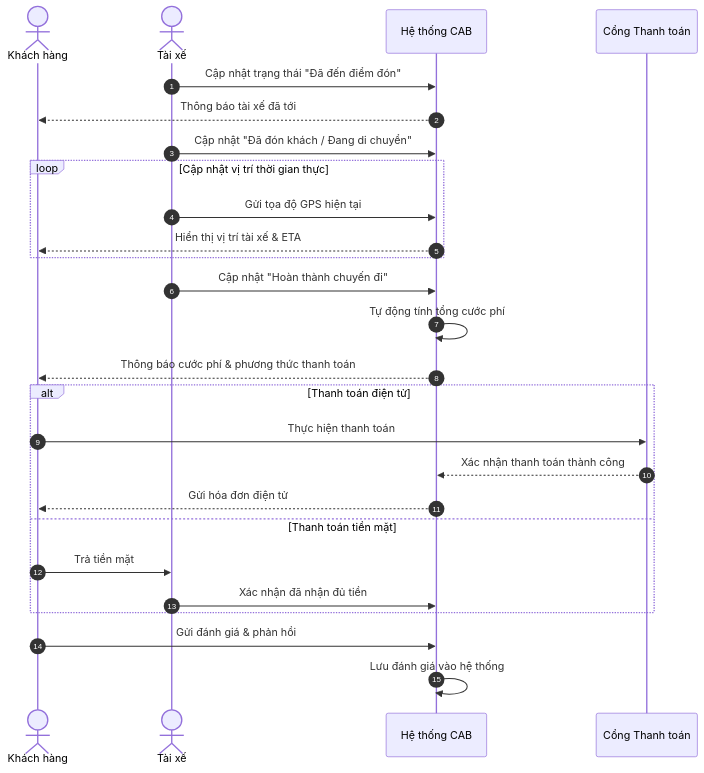
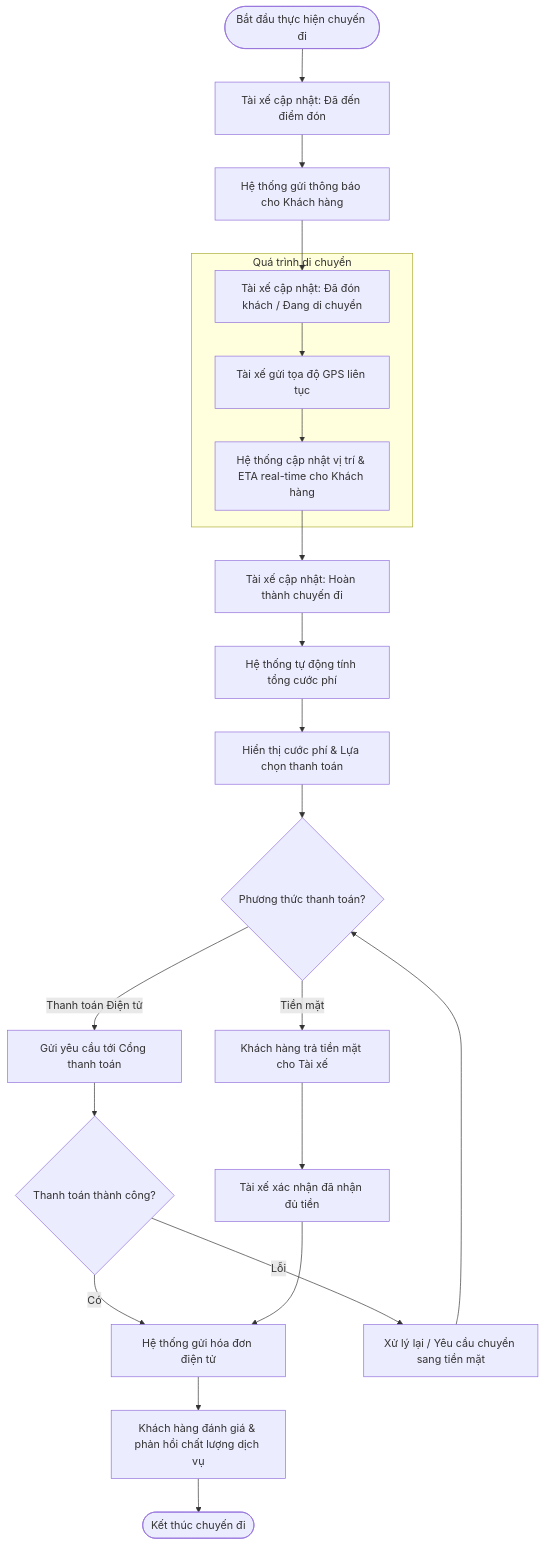
Before and after one commit to itsmeThien/23674831_NguyenQuocThien_CABSYSTEM: the third of 3 diagrams in srs.md, drawn with Mermaid. The commit also changed other lines of this file, not shown here.

````diff
--- a/srs.md
+++ b/srs.md
@@ -116,34 +109,31 @@
 ```mermaid
-sequenceDiagram
-    autonumber
-    actor KH as Khách hàng
-    actor TX as Tài xế
-    participant HT as Hệ thống CAB
-    participant TT as Cổng Thanh toán
-
-    TX->>HT: Cập nhật trạng thái "Đã đến điểm đón"
-    HT-->>KH: Thông báo tài xế đã tới
-
-    TX->>HT: Cập nhật "Đã đón khách / Đang di chuyển"
-
-    loop Cập nhật vị trí thời gian thực
-        TX->>HT: Gửi tọa độ GPS hiện tại
-        HT-->>KH: Hiển thị vị trí tài xế & ETA
+flowchart TD
+    Transition([Bắt đầu thực hiện chuyến đi]) --> DriverArrive[Tài xế cập nhật: Đã đến điểm đón]
+    DriverArrive --> NotifyArrived[Hệ thống gửi thông báo cho Khách hàng]
+    
+    NotifyArrived --> StartTrip[Tài xế cập nhật: Đã đón khách / Đang di chuyển]
+    
+    subgraph RealTimeTracking [Quá trình di chuyển]
+        StartTrip --> GPSUpdate[Tài xế gửi tọa độ GPS liên tục]
+        GPSUpdate --> ShowETA[Hệ thống cập nhật vị trí & ETA real-time cho Khách hàng]
     end
 
-    TX->>HT: Cập nhật "Hoàn thành chuyến đi"
-    HT->>HT: Tự động tính tổng cước phí
-    HT-->>KH: Thông báo cước phí & phương thức thanh toán
+    ShowETA --> FinishTrip[Tài xế cập nhật: Hoàn thành chuyến đi]
+    FinishTrip --> CalcFare[Hệ thống tự động tính tổng cước phí]
+    CalcFare --> ShowFare[Hiển thị cước phí & Lựa chọn thanh toán]
 
-    alt Thanh toán điện tử
-        KH->>TT: Thực hiện thanh toán
-        TT-->>HT: Xác nhận thanh toán thành công
-        HT-->>KH: Gửi hóa đơn điện tử
-    else Thanh toán tiền mặt
-        KH->>TX: Trả tiền mặt
-        TX->>HT: Xác nhận đã nhận đủ tiền
-    end
+    ShowFare --> PaymentMethod{Phương thức thanh toán?}
 
-    KH->>HT: Gửi đánh giá & phản hồi
-    HT->>HT: Lưu đánh giá vào hệ thống
+    PaymentMethod -- Thanh toán Điện tử --> Gateway[Gửi yêu cầu tới Cổng thanh toán]
+    Gateway --> CheckPay{Thanh toán thành công?}
+    CheckPay -- Có --> IssueInvoice[Hệ thống gửi hóa đơn điện tử]
+    CheckPay -- Lỗi --> RetryPay[Xử lý lại / Yêu cầu chuyển sang tiền mặt]
+    RetryPay --> PaymentMethod
+
+    PaymentMethod -- Tiền mặt --> CashPay[Khách hàng trả tiền mặt cho Tài xế]
+    CashPay --> ConfirmCash[Tài xế xác nhận đã nhận đủ tiền]
+    ConfirmCash --> IssueInvoice
+
+    IssueInvoice --> Rating[Khách hàng đánh giá & phản hồi chất lượng dịch vụ]
+    Rating --> EndTrip([Kết thúc chuyến đi])
 ```
````
